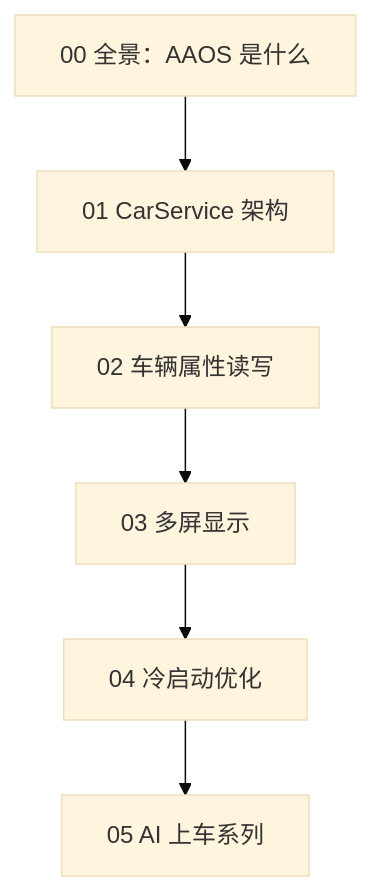
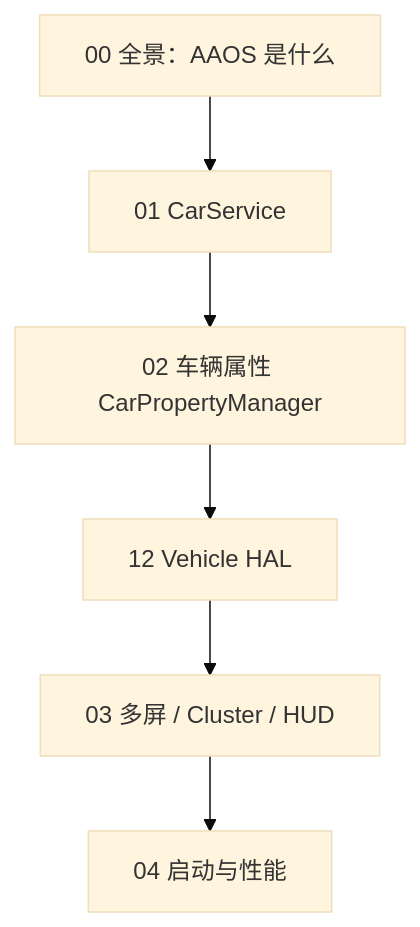
The diagram in series/aaos.md (jason5200/jason5200.github.io), drawn with Mermaid (base theme) before and after one commit. The commit also changed other lines of this file and 7 other files, not shown here.

````diff
--- a/series/aaos.md
+++ b/series/aaos.md
@@ -9,8 +11,8 @@
 ```mermaid
 flowchart TB
-    A["00 全景：AAOS 是什么"] --> B["01 CarService 架构"]
-    B --> C["02 车辆属性读写"]
-    C --> D["03 多屏显示"]
-    D --> E["04 冷启动优化"]
-    E --> F["05 AI 上车系列"]
+    A["00 全景：AAOS 是什么"] --> B["01 CarService"]
+    B --> C["02 车辆属性 CarPropertyManager"]
+    C --> D["12 Vehicle HAL"]
+    D --> E["03 多屏 / Cluster / HUD"]
+    E --> F["04 启动与性能"]
 ```
````
